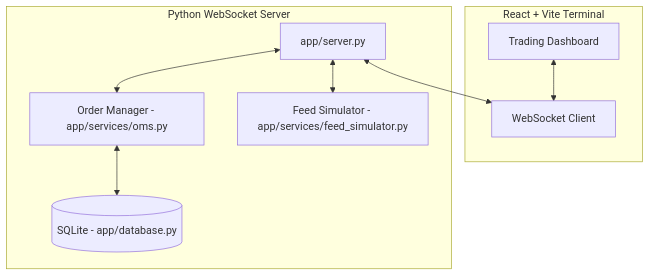
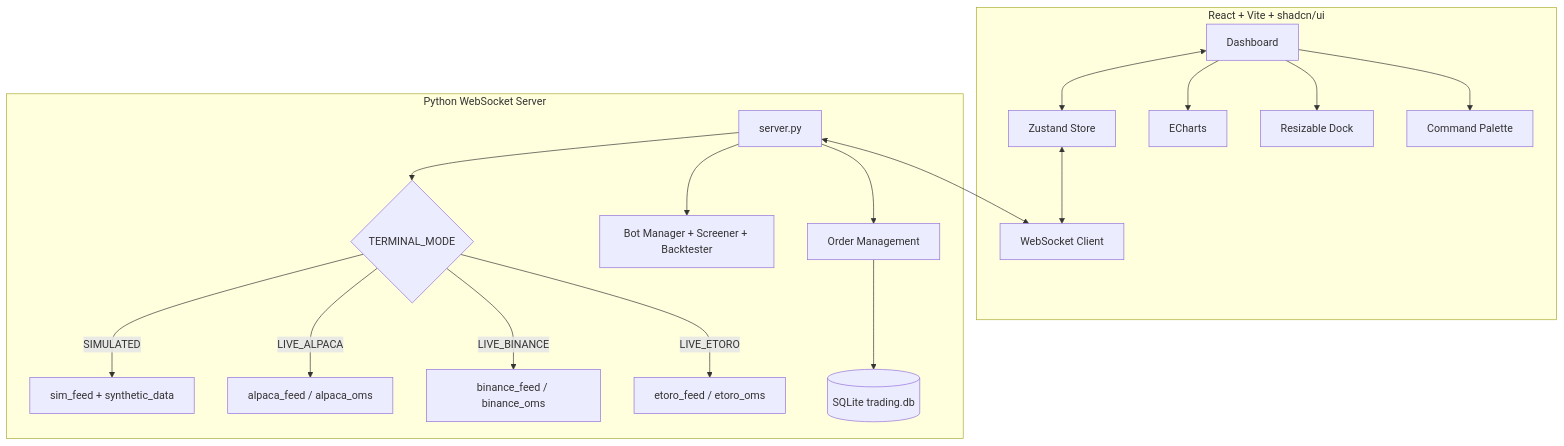
Before and after one commit to Dhim001/Antigravity-Trading-Terminal-2: the diagram in README.md, drawn with Mermaid. The commit also changed other lines of this file and 62 other files, not shown here.

Commit message:
feat: enhance trading terminal with eToro integration, including live market data feed and order management system

````diff
--- a/README.md
+++ b/README.md
@@ -9,13 +27,22 @@
 ```mermaid
 graph TD
-    subgraph Frontend [React + Vite Terminal]
-        UI[Trading Dashboard] <--> WS_Client[WebSocket Client]
+    subgraph Frontend [React + Vite + shadcn/ui]
+        UI[Dashboard] <--> Store[Zustand Store]
+        Store <--> WS_Client[WebSocket Client]
+        UI --> Chart[ECharts]
+        UI --> Dock[Resizable Dock]
+        UI --> Palette[Command Palette]
     end
 
     subgraph Backend [Python WebSocket Server]
-        WS_Server[app/server.py] <--> WS_Client
-        WS_Server <--> OMS[Order Manager - app/services/oms.py]
-        WS_Server <--> FeedSim[Feed Simulator - app/services/feed_simulator.py]
-        OMS <--> DB[(SQLite - app/database.py)]
+        WS_Server[server.py] <--> WS_Client
+        WS_Server --> Mode{TERMINAL_MODE}
+        Mode -->|SIMULATED| SimFeed[sim_feed + synthetic_data]
+        Mode -->|LIVE_ALPACA| Alpaca[alpaca_feed / alpaca_oms]
+        Mode -->|LIVE_BINANCE| Binance[binance_feed / binance_oms]
+        Mode -->|LIVE_ETORO| Etoro[etoro_feed / etoro_oms]
+        WS_Server --> Bots[Bot Manager + Screener + Backtester]
+        WS_Server --> OMS[Order Management]
+        OMS --> DB[(SQLite trading.db)]
     end
 ```
````
